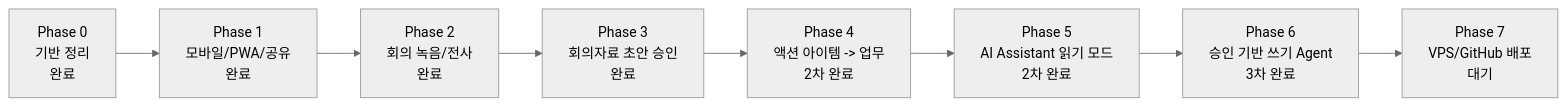
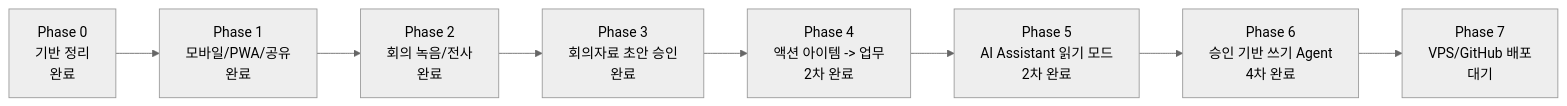
Before and after one commit to naral3221-dotcom/intruth.com: the diagram in docs/PHASE_PROGRESS.md, drawn with Mermaid (neutral theme). The commit also changed other lines of this file and 12 other files, not shown here.

````diff
--- a/docs/PHASE_PROGRESS.md
+++ b/docs/PHASE_PROGRESS.md
@@ -10,10 +10,10 @@
 ```mermaid
 flowchart LR
   P0["Phase 0\n기반 정리\n완료"] --> P1["Phase 1\n모바일/PWA/공유\n완료"]
   P1 --> P2["Phase 2\n회의 녹음/전사\n완료"]
   P2 --> P3["Phase 3\n회의자료 초안 승인\n완료"]
   P3 --> P4["Phase 4\n액션 아이템 -> 업무\n2차 완료"]
   P4 --> P5["Phase 5\nAI Assistant 읽기 모드\n2차 완료"]
-  P5 --> P6["Phase 6\n승인 기반 쓰기 Agent\n3차 완료"]
+  P5 --> P6["Phase 6\n승인 기반 쓰기 Agent\n4차 완료"]
   P6 --> P7["Phase 7\nVPS/GitHub 배포\n대기"]
 ```
````
